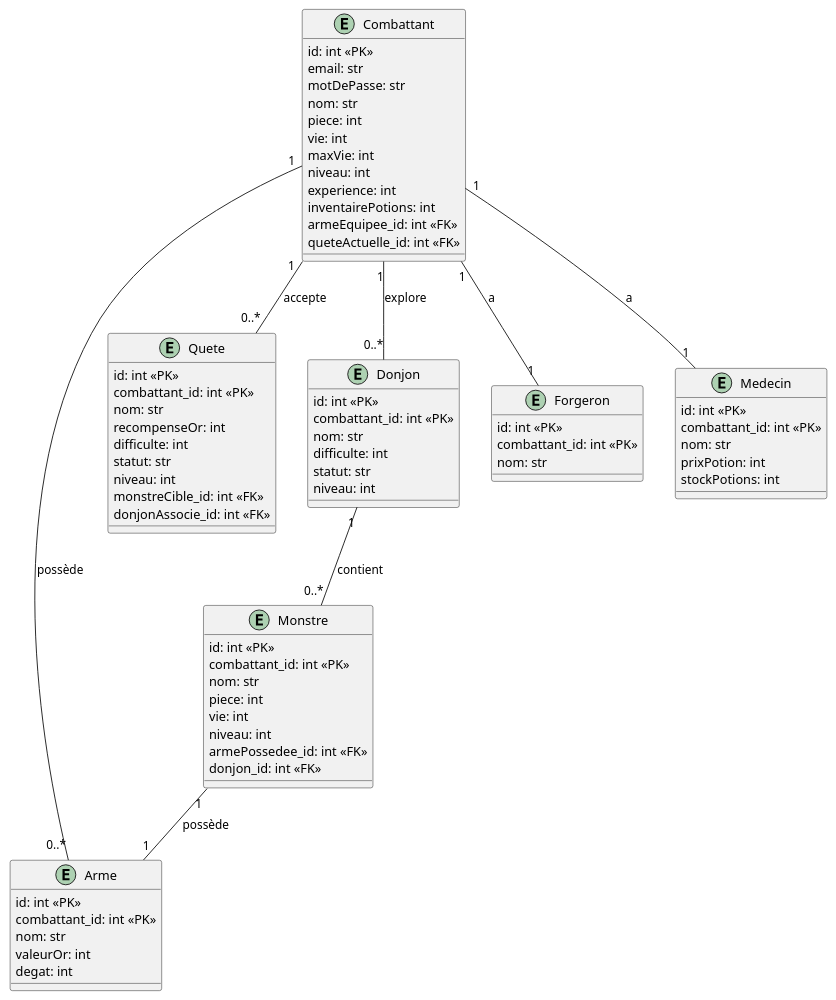
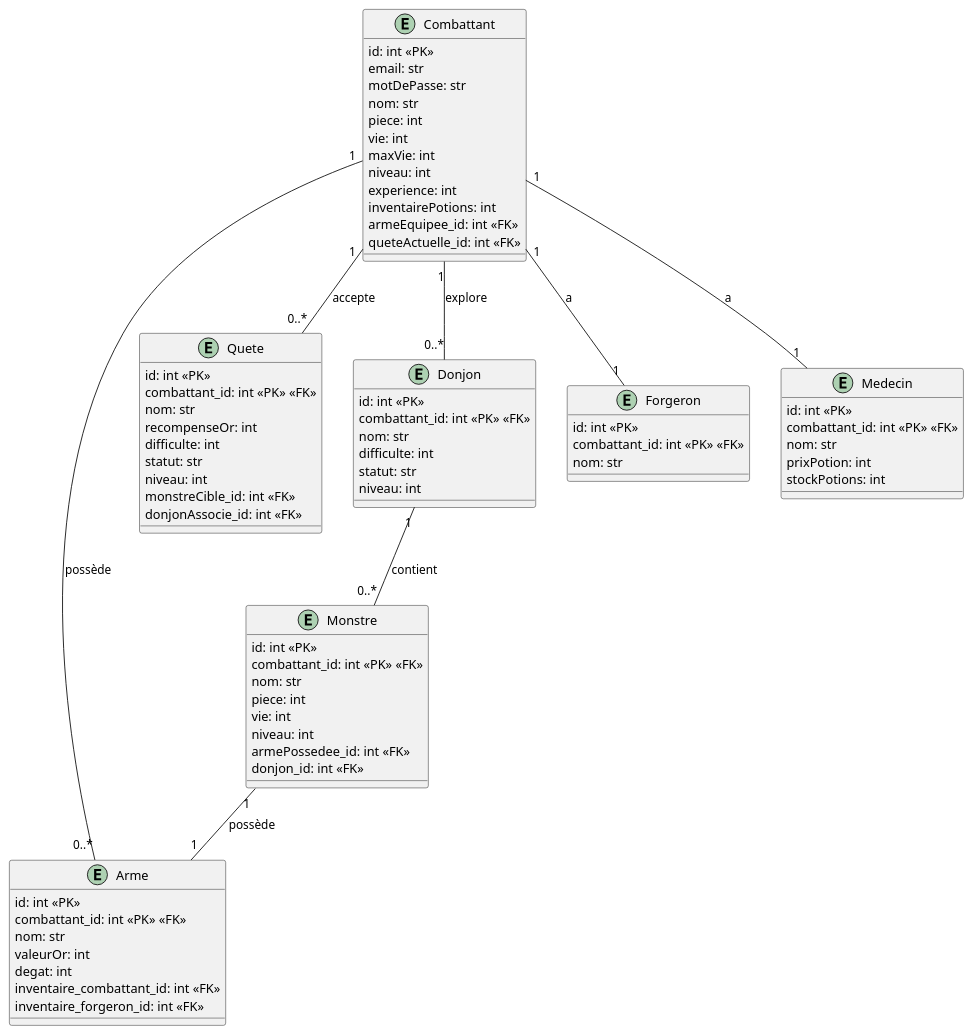
One commit to ThomasSanna/projet-POO-L3STI changed the diagram in PythQuest/infoPROJET/MCD.plantuml. Above: the diagram before and after it, drawn with PlantUML. The commit also changed 9 other files, not shown here.

Commit message:
Ajout de la classe DatabaseManager pour gérer la sauvegarde et le chargement des données, modification de la méthode afficherInventaire pour renvoyer une chaîne de caractères, et mise à jour des entités dans le diagramme UML.

```diff
--- a/PythQuest/infoPROJET/MCD.plantuml
+++ b/PythQuest/infoPROJET/MCD.plantuml
@@ -1,78 +1,80 @@
 @startuml
 entity Combattant {
     id: int <<PK>>
     email: str
     motDePasse: str
     nom: str
     piece: int
     vie: int
     maxVie: int
     niveau: int
     experience: int
     inventairePotions: int
     armeEquipee_id: int <<FK>>
     queteActuelle_id: int <<FK>>
 }
 
 entity Arme {
     id: int <<PK>>
-    combattant_id: int <<PK>>
+    combattant_id: int <<PK>> <<FK>>
     nom: str
     valeurOr: int
     degat: int
+    inventaire_combattant_id: int <<FK>>
+    inventaire_forgeron_id: int <<FK>>
 }
 
 entity Quete {
     id: int <<PK>>
-    combattant_id: int <<PK>>
+    combattant_id: int <<PK>> <<FK>>
     nom: str
     recompenseOr: int
     difficulte: int
     statut: str
     niveau: int
     monstreCible_id: int <<FK>>
     donjonAssocie_id: int <<FK>>
 }
 
 entity Donjon {
     id: int <<PK>>
-    combattant_id: int <<PK>>
+    combattant_id: int <<PK>> <<FK>>
     nom: str
     difficulte: int
     statut: str
     niveau: int
 }
 
 entity Monstre {
     id: int <<PK>>
-    combattant_id: int <<PK>>
+    combattant_id: int <<PK>> <<FK>>
     nom: str
     piece: int
     vie: int
     niveau: int
     armePossedee_id: int <<FK>>
     donjon_id: int <<FK>>
 }
 
 entity Forgeron {
     id: int <<PK>>
-    combattant_id: int <<PK>>
+    combattant_id: int <<PK>> <<FK>>
     nom: str
 }
 
 entity Medecin {
     id: int <<PK>>
-    combattant_id: int <<PK>>
+    combattant_id: int <<PK>> <<FK>>
     nom: str
     prixPotion: int
     stockPotions: int
 }
 
 Combattant "1" -- "0..*" Arme : possède
 Combattant "1" -- "0..*" Quete : accepte
 Combattant "1" -- "0..*" Donjon : explore
 Donjon "1" -- "0..*" Monstre : contient
 Monstre "1" -- "1" Arme : possède
 Combattant "1" -- "1" Forgeron : a
 Combattant "1" -- "1" Medecin : a
 @enduml
```
